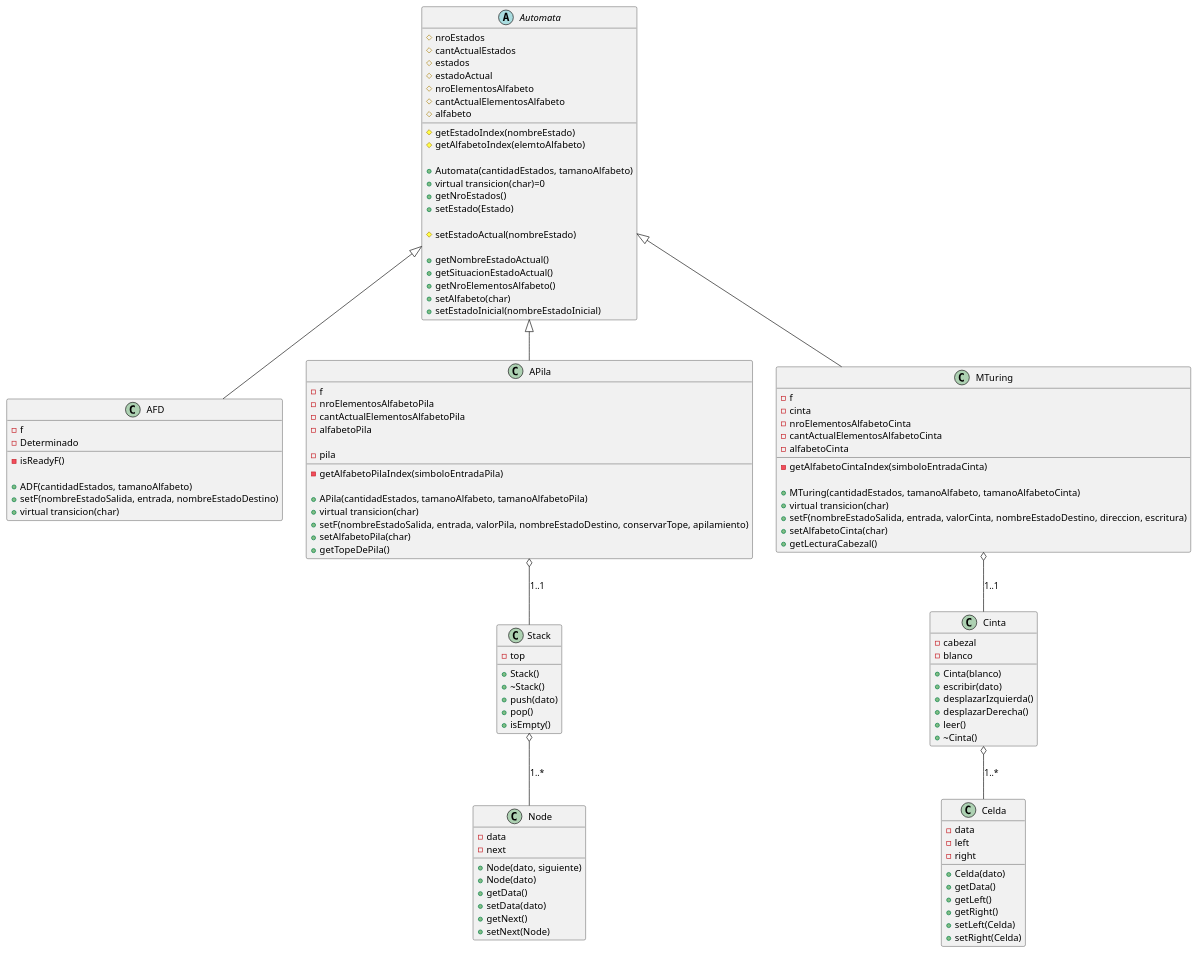
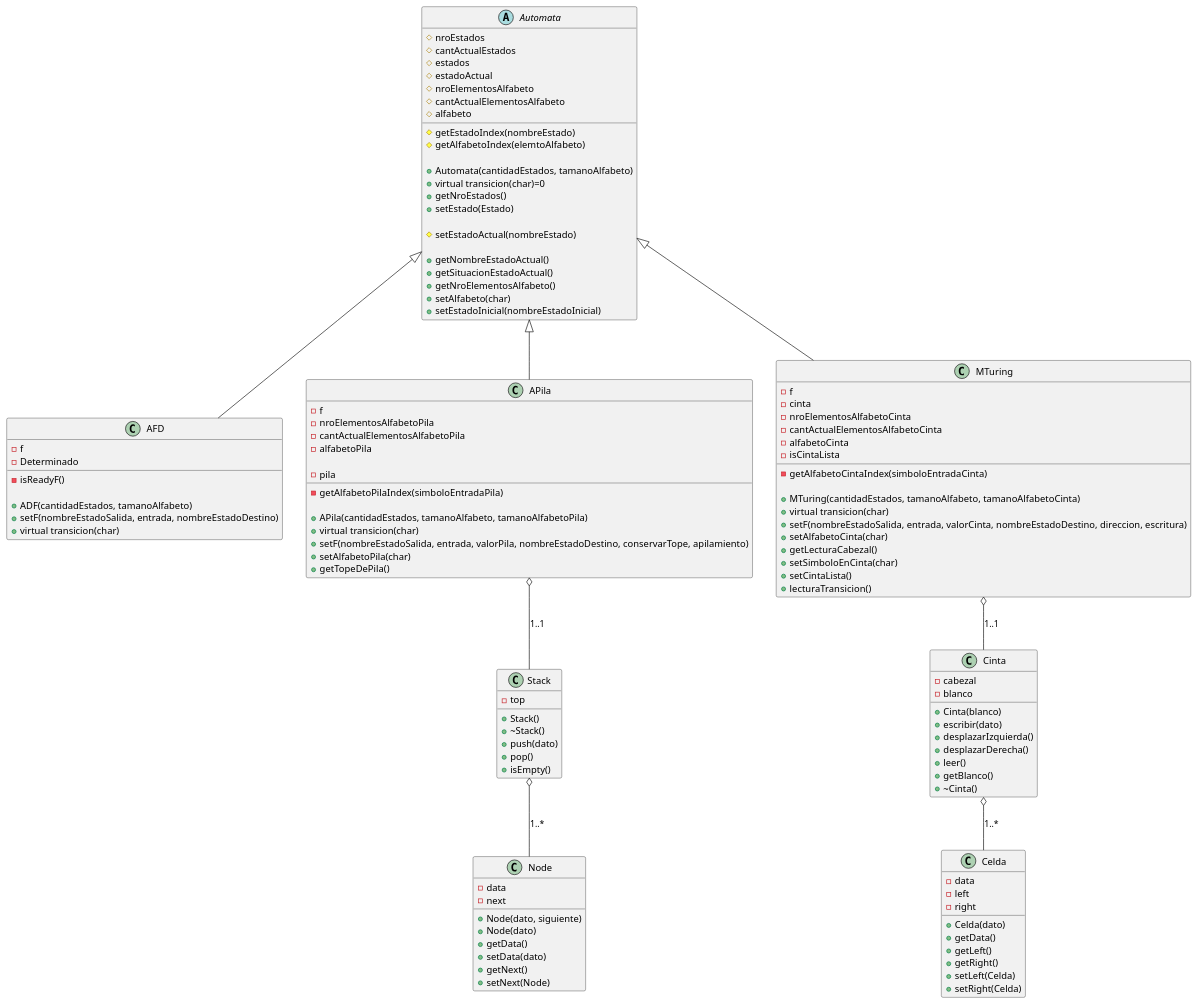
Before and after one commit to FrancoBobadilla/Maquinas-secuenciales: the diagram in Diagrama_UML/scratch.puml, drawn with PlantUML. The commit also changed 3 other files, not shown here.

```diff
--- a/Diagrama_UML/scratch.puml
+++ b/Diagrama_UML/scratch.puml
@@ -1,123 +1,129 @@
 @startuml
 
 Automata <|-- AFD
 Automata <|-- APila
 Automata <|-- MTuring
 
 APila o-- Stack : 1..1
 Stack o-- Node : 1..*
 
 MTuring o-- Cinta : 1..1
 Cinta o-- Celda : 1..*
 
 Abstract Class Automata {
 #nroEstados
 #cantActualEstados
 #estados
 #estadoActual
 #nroElementosAlfabeto
 #cantActualElementosAlfabeto
 #alfabeto
 #getEstadoIndex(nombreEstado)
 #getAlfabetoIndex(elemtoAlfabeto)
 
 +Automata(cantidadEstados, tamanoAlfabeto)
 +virtual transicion(char)=0
 +getNroEstados()
 +setEstado(Estado)
 
 #setEstadoActual(nombreEstado)
 
 +getNombreEstadoActual()
 +getSituacionEstadoActual()
 +getNroElementosAlfabeto()
 +setAlfabeto(char)
 +setEstadoInicial(nombreEstadoInicial)
 }
 
 class AFD{
 - f
 -Determinado
 -isReadyF()
 
 +ADF(cantidadEstados, tamanoAlfabeto)
 +setF(nombreEstadoSalida, entrada, nombreEstadoDestino)
 +virtual transicion(char)
 }
 
 class APila{
 - f
 -nroElementosAlfabetoPila
 -cantActualElementosAlfabetoPila
 -alfabetoPila
 
 -pila
 -getAlfabetoPilaIndex(simboloEntradaPila)
 
 +APila(cantidadEstados, tamanoAlfabeto, tamanoAlfabetoPila)
 +virtual transicion(char)
 +setF(nombreEstadoSalida, entrada, valorPila, nombreEstadoDestino, conservarTope, apilamiento)
 +setAlfabetoPila(char)
 +getTopeDePila()
 }
 
 class Stack{
 -top
 +Stack()
 +~Stack()
 +push(dato)
 +pop()
 +isEmpty()
 }
 
 class Node {
 -data
 -next
 +Node(dato, siguiente)
 +Node(dato)
 +getData()
 +setData(dato)
 +getNext()
 +setNext(Node)
 }
 
 class MTuring{
 - f
 -cinta
 -nroElementosAlfabetoCinta
 -cantActualElementosAlfabetoCinta
 -alfabetoCinta
+-isCintaLista
 
 -getAlfabetoCintaIndex(simboloEntradaCinta)
 
 +MTuring(cantidadEstados, tamanoAlfabeto, tamanoAlfabetoCinta)
 +virtual transicion(char)
 +setF(nombreEstadoSalida, entrada, valorCinta, nombreEstadoDestino, direccion, escritura)
 +setAlfabetoCinta(char)
 +getLecturaCabezal()
++setSimboloEnCinta(char)
++setCintaLista()
++lecturaTransicion()
 }
+
 
 class Cinta{
 -cabezal
 -blanco
 +Cinta(blanco)
 +escribir(dato)
 +desplazarIzquierda()
 +desplazarDerecha()
 +leer()
++getBlanco()
 +~Cinta()
 }
 
 class Celda{
 -data
 -left
 -right
 +Celda(dato)
 +getData()
 +getLeft()
 +getRight()
 +setLeft(Celda)
 +setRight(Celda)
 }
 
 @enduml
```
